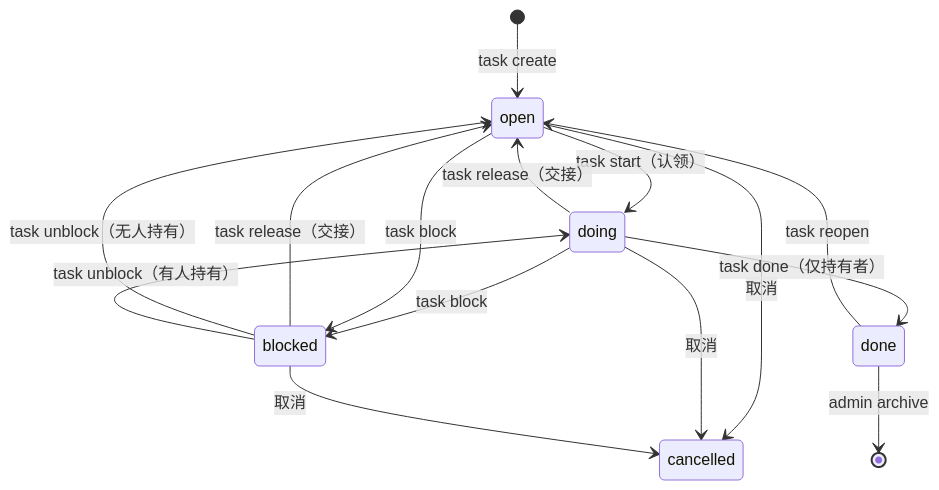
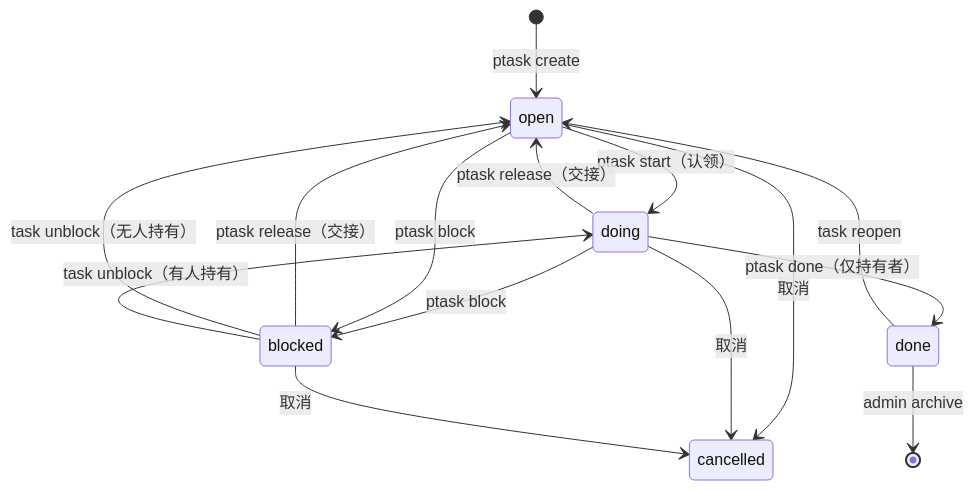
Before and after one commit to OptimisticGeek/dsh-project-todo: the fifth of 5 diagrams in docs/HELP.md, drawn with Mermaid. The commit also changed other lines of this file and 5 other files, not shown here.

First line of the commit message:
docs: v4.0.0 改名与渐进式视图文档

````diff
--- a/docs/HELP.md
+++ b/docs/HELP.md
@@ -400,17 +400,17 @@
 ```mermaid
 stateDiagram-v2
-  [*] --> open: task create
-  open --> doing: task start（认领）
-  doing --> open: task release（交接）
-  blocked --> open: task release（交接）
-  doing --> blocked: task block
-  open --> blocked: task block
+  [*] --> open: ptask create
+  open --> doing: ptask start（认领）
+  doing --> open: ptask release（交接）
+  blocked --> open: ptask release（交接）
+  doing --> blocked: ptask block
+  open --> blocked: ptask block
   blocked --> open: task unblock（无人持有）
   blocked --> doing: task unblock（有人持有）
-  doing --> done: task done（仅持有者）
+  doing --> done: ptask done（仅持有者）
   done --> open: task reopen
   done --> [*]: admin archive
   open --> cancelled: 取消
   doing --> cancelled: 取消
   blocked --> cancelled: 取消
 ```
````
